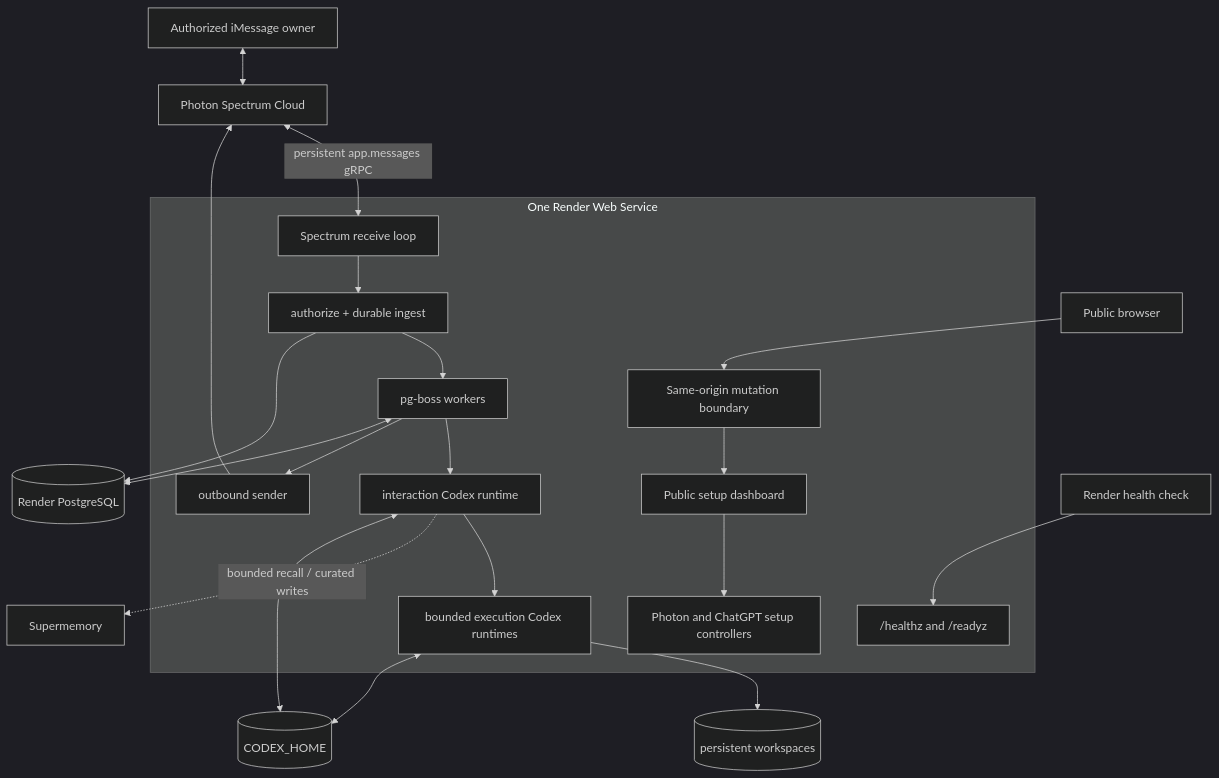
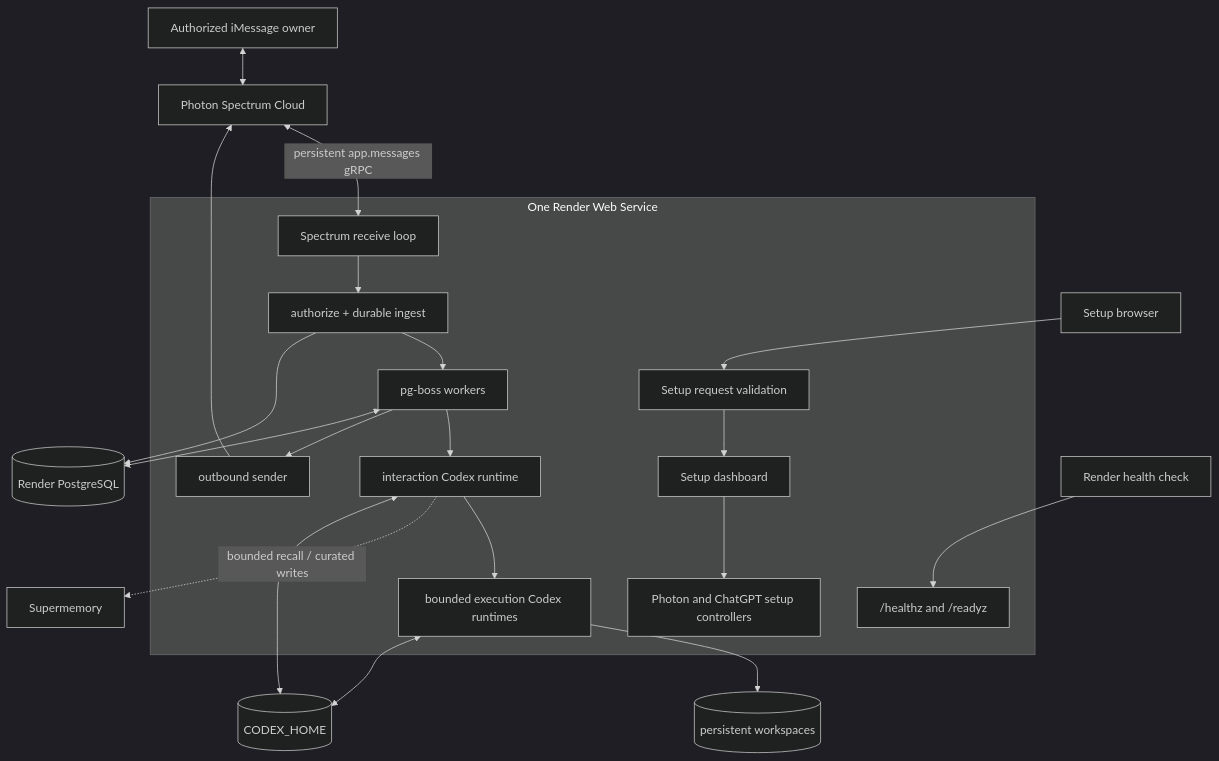
One commit to tecxbro/iMessage-agent-render changed the first of 3 diagrams in docs/ARCHITECTURE.md. Above: the diagram before and after it, drawn with Mermaid (dark theme). The commit also changed other lines of this file and 12 other files, not shown here.

Commit message:
docs: simplify dashboard setup guidance

````diff
--- a/docs/ARCHITECTURE.md
+++ b/docs/ARCHITECTURE.md
@@ -30,29 +30,29 @@
 ```mermaid
 flowchart TB
   U["Authorized iMessage owner"] <--> P["Photon Spectrum Cloud"]
   P <-->|"persistent app.messages gRPC"| T["Spectrum receive loop"]
-  B["Public browser"]
+  B["Setup browser"]
 
   subgraph W["One Render Web Service"]
-    L["Same-origin mutation boundary"]
-    L --> DSH["Public setup dashboard"]
+    L["Setup request validation"]
+    L --> DSH["Setup dashboard"]
     DSH --> PS["Photon and ChatGPT setup controllers"]
     T --> A["authorize + durable ingest"]
     A --> Q["pg-boss workers"]
     Q --> I["interaction Codex runtime"]
     I --> E["bounded execution Codex runtimes"]
     Q --> O["outbound sender"]
     H["/healthz and /readyz"]
   end
 
   A --> DB[("Render PostgreSQL")]
   Q <--> DB
   O --> P
   I -. "bounded recall / curated writes" .-> SM["Supermemory"]
   E --> WS[("persistent workspaces")]
   I <--> CH[("CODEX_HOME")]
   E <--> CH
 
   B --> L
   R["Render health check"] --> H
 ```
````
